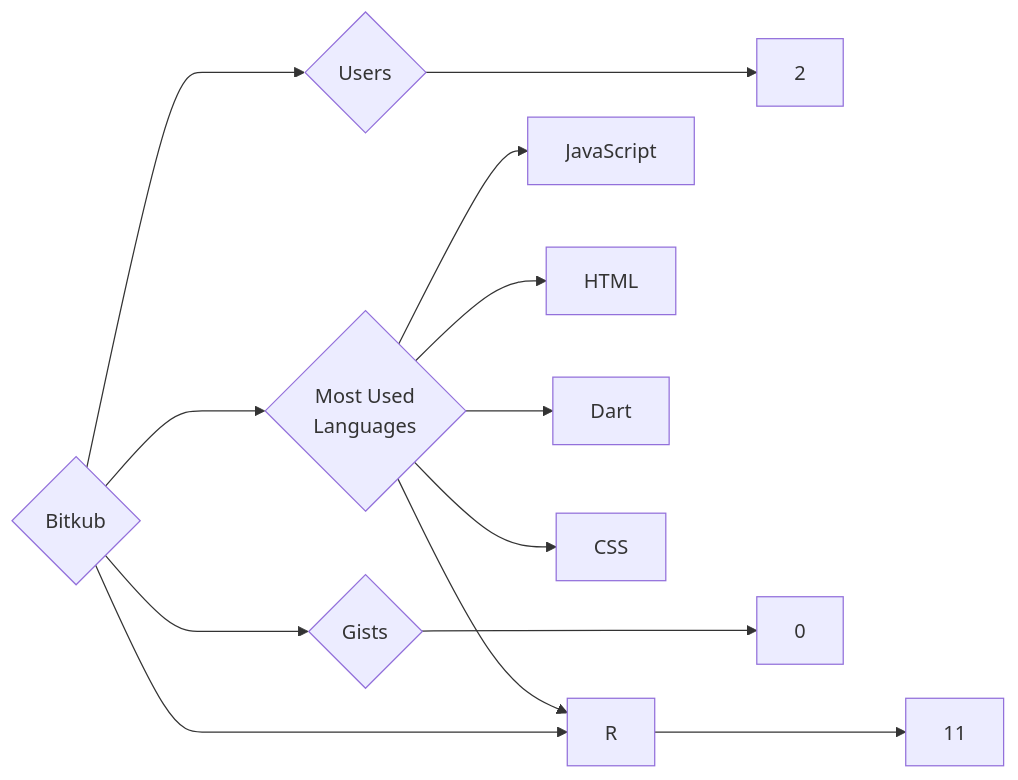
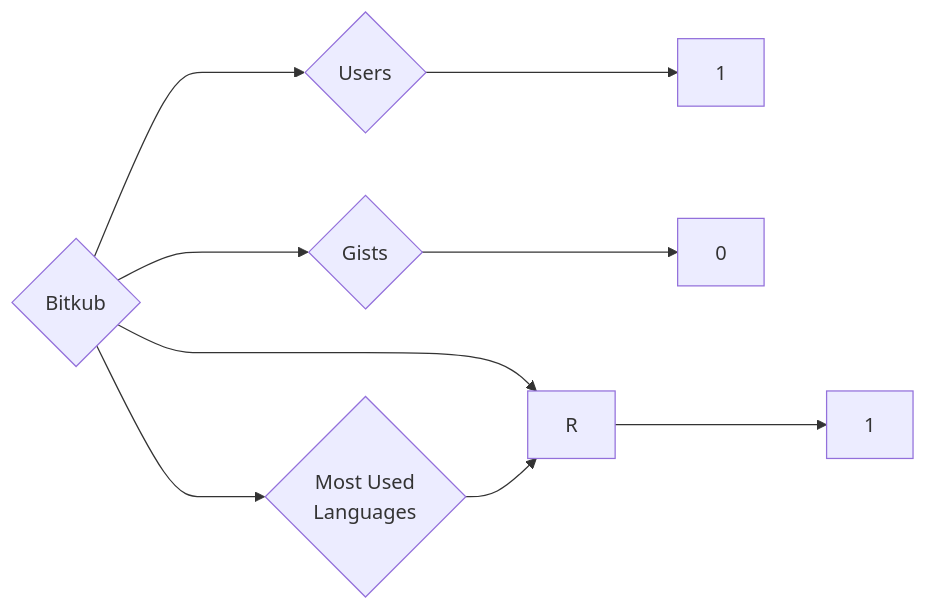
One commit to trickest/insiders changed the diagram in targets/Bitkub/README.md. Above: the diagram before and after it, drawn with Mermaid. The commit also changed 985 other files, not shown here.

````diff
--- a/targets/Bitkub/README.md
+++ b/targets/Bitkub/README.md
@@ -3,13 +3,9 @@
 ```mermaid
 graph LR
 COMPANY_NAME{Bitkub}
-COMPANY_NAME ---> U{Users} ---> UN[2]
-COMPANY_NAME ---> R{Repositories} ---> RN[11]
+COMPANY_NAME ---> U{Users} ---> UN[1]
+COMPANY_NAME ---> R{Repositories} ---> RN[1]
 COMPANY_NAME ---> G{Gists} ---> GN[0]
 COMPANY_NAME ---> ML{Most Used<br>Languages}
-ML --> JavaScript[JavaScript]
-ML --> HTML[HTML]
-ML --> Dart[Dart]
-ML --> CSS[CSS]
 ML --> R[R]
 ```
````
